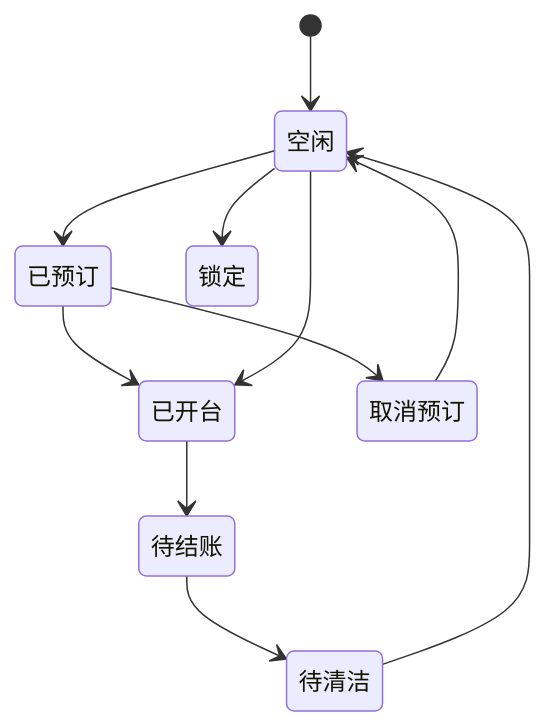
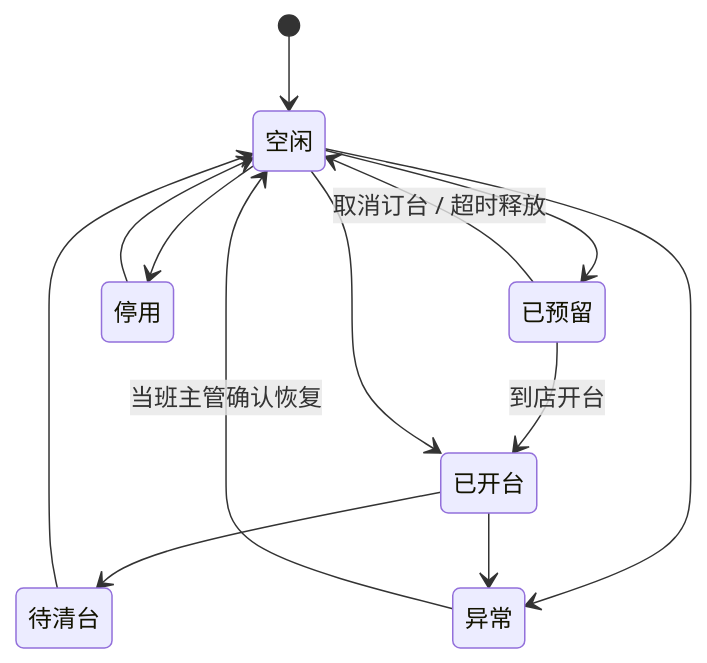
The first of 2 diagrams in docs/business-systems-breakdown.md (jxh1979/mall), drawn with Mermaid before and after one commit. The commit also changed other lines of this file and 15 other files, not shown here.

````diff
--- a/docs/business-systems-breakdown.md
+++ b/docs/business-systems-breakdown.md
@@ -155,13 +155,15 @@
 ```mermaid
 stateDiagram-v2
     [*] --> 空闲
-    空闲 --> 已预订
-    已预订 --> 已开台
+    空闲 --> 已预留
+    已预留 --> 已开台 : 到店开台
     空闲 --> 已开台
-    已开台 --> 待结账
-    待结账 --> 待清洁
-    待清洁 --> 空闲
-    空闲 --> 锁定
-    已预订 --> 取消预订
-    取消预订 --> 空闲
+    已开台 --> 待清台
+    待清台 --> 空闲
+    空闲 --> 停用
+    停用 --> 空闲
+    空闲 --> 异常
+    已开台 --> 异常
+    异常 --> 空闲 : 当班主管确认恢复
+    已预留 --> 空闲 : 取消订台 / 超时释放
 ```
````
